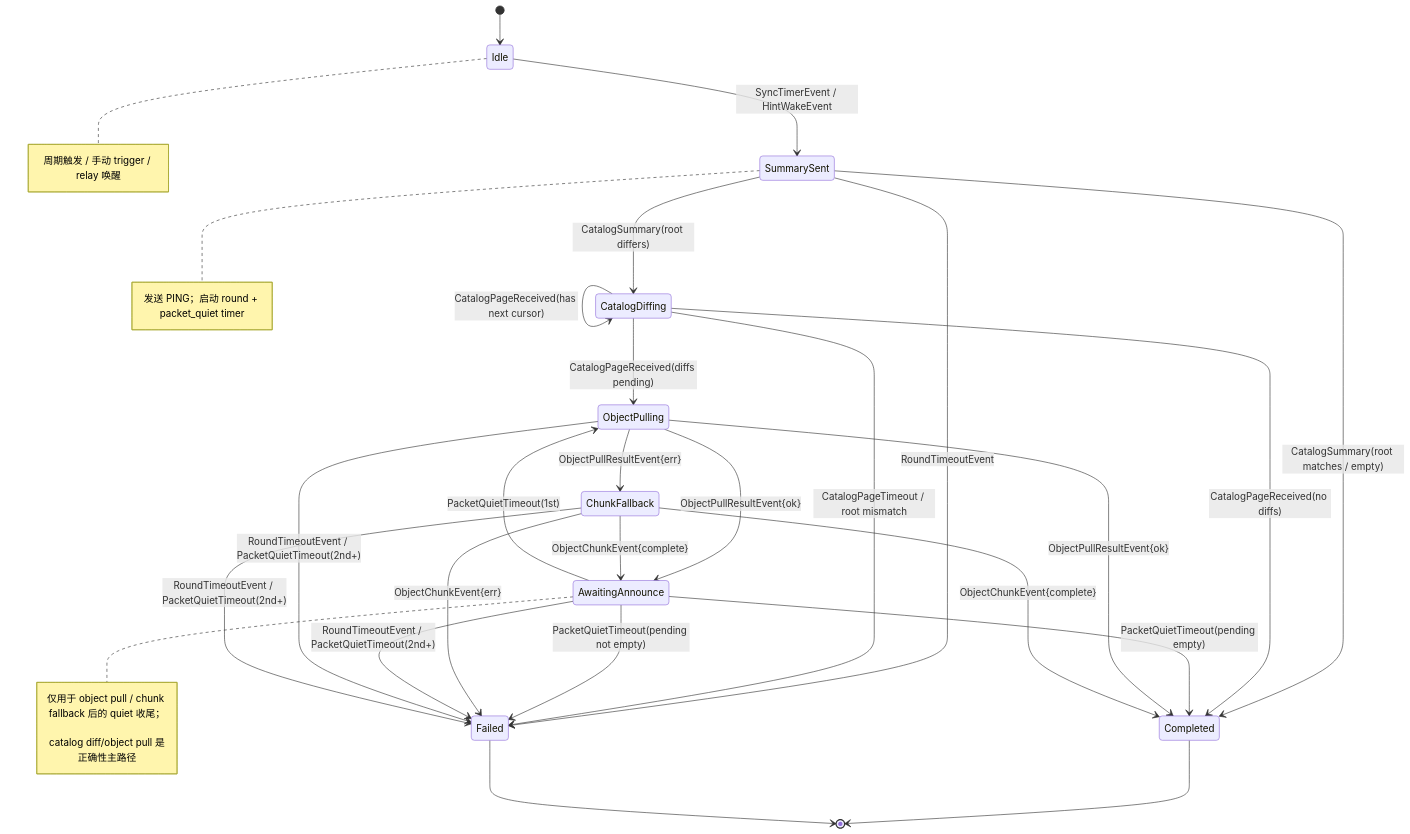
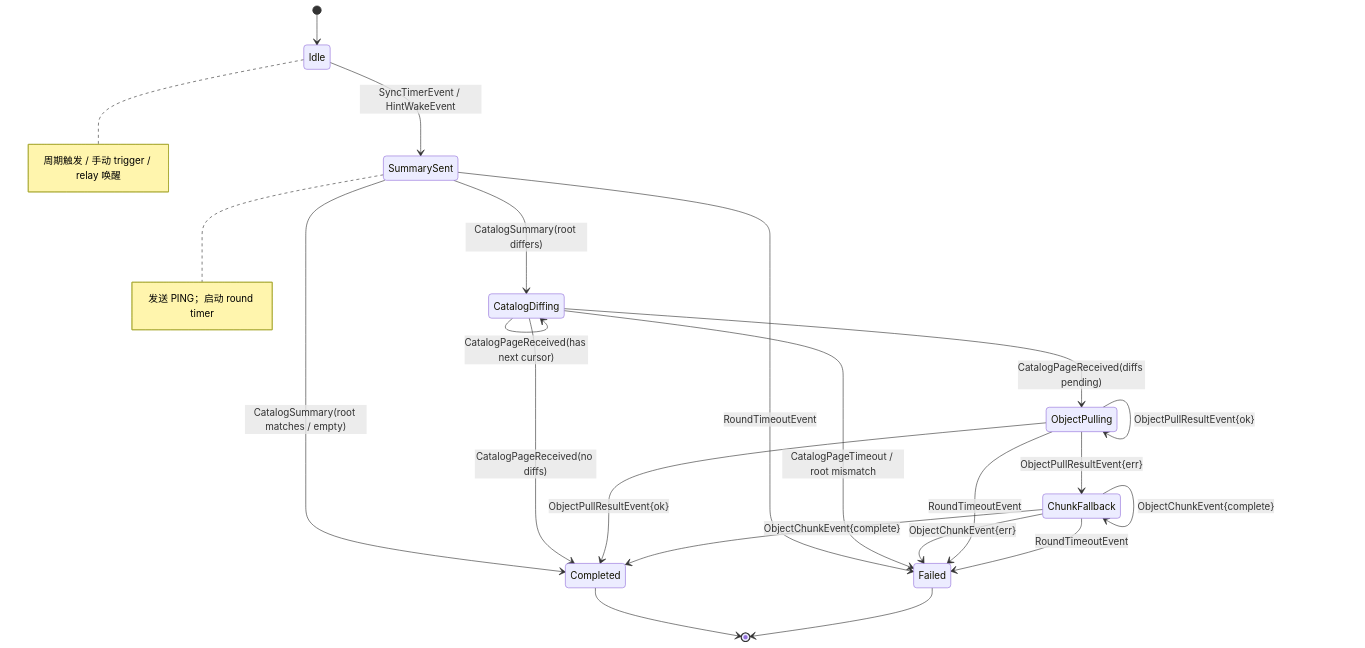
The diagram in docs/phase6-event-driven-design.md (HiggsNet/higgs), drawn with Mermaid before and after one commit. The commit also changed other lines of this file and 9 other files, not shown here.

First line of the commit message:
refactor(sync): 删除 AwaitingAnnounce 状态与 PacketQuietTimeout，状态机完全收敛

````diff
--- a/docs/phase6-event-driven-design.md
+++ b/docs/phase6-event-driven-design.md
@@ -99,44 +97,35 @@
 ```mermaid
 stateDiagram-v2
     [*] --> Idle
 
     Idle --> SummarySent : SyncTimerEvent / HintWakeEvent
     note right of Idle
       周期触发 / 手动 trigger / relay 唤醒
     end note
 
     SummarySent --> Completed : CatalogSummary(root matches / empty)
     SummarySent --> CatalogDiffing : CatalogSummary(root differs)
     SummarySent --> Failed : RoundTimeoutEvent
     note right of SummarySent
-      发送 PING；启动 round + packet_quiet timer
+      发送 PING；启动 round timer
     end note
 
     CatalogDiffing --> CatalogDiffing : CatalogPageReceived(has next cursor)
     CatalogDiffing --> ObjectPulling : CatalogPageReceived(diffs pending)
     CatalogDiffing --> Completed : CatalogPageReceived(no diffs)
     CatalogDiffing --> Failed : CatalogPageTimeout / root mismatch
 
-    AwaitingAnnounce --> ObjectPulling : PacketQuietTimeout(1st)
-    AwaitingAnnounce --> Completed : PacketQuietTimeout(pending empty)
-    AwaitingAnnounce --> Failed : PacketQuietTimeout(pending not empty)
-    note right of AwaitingAnnounce
-      仅用于 object pull / chunk fallback 后的 quiet 收尾；<br/>
-      catalog diff/object pull 是正确性主路径
-    end note
-
-    ObjectPulling --> AwaitingAnnounce : ObjectPullResultEvent{ok}
+    ObjectPulling --> ObjectPulling : ObjectPullResultEvent{ok}
     ObjectPulling --> Completed : ObjectPullResultEvent{ok}
     ObjectPulling --> ChunkFallback : ObjectPullResultEvent{err}
 
-    ChunkFallback --> AwaitingAnnounce : ObjectChunkEvent{complete}
+    ChunkFallback --> ChunkFallback : ObjectChunkEvent{complete}
     ChunkFallback --> Completed : ObjectChunkEvent{complete}
     ChunkFallback --> Failed : ObjectChunkEvent{err}
 
-    AwaitingAnnounce --> Failed : RoundTimeoutEvent / PacketQuietTimeout(2nd+)
-    ObjectPulling --> Failed : RoundTimeoutEvent / PacketQuietTimeout(2nd+)
-    ChunkFallback --> Failed : RoundTimeoutEvent / PacketQuietTimeout(2nd+)
+    ObjectPulling --> Failed : RoundTimeoutEvent
+    ChunkFallback --> Failed : RoundTimeoutEvent
 
     Completed --> [*]
     Failed --> [*]
 ```
````
